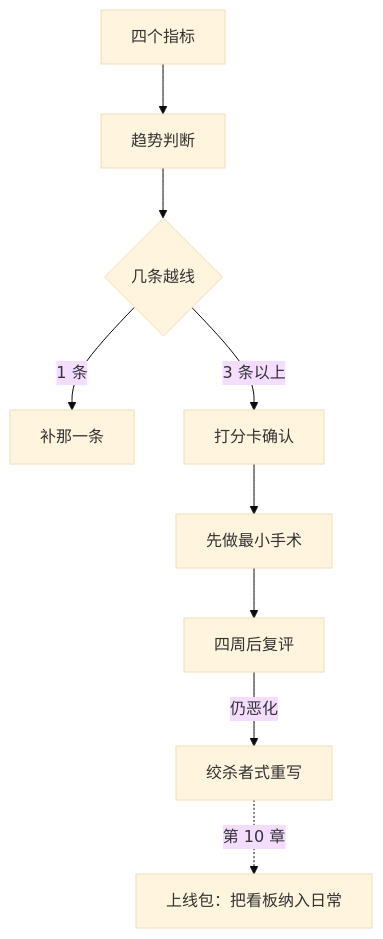
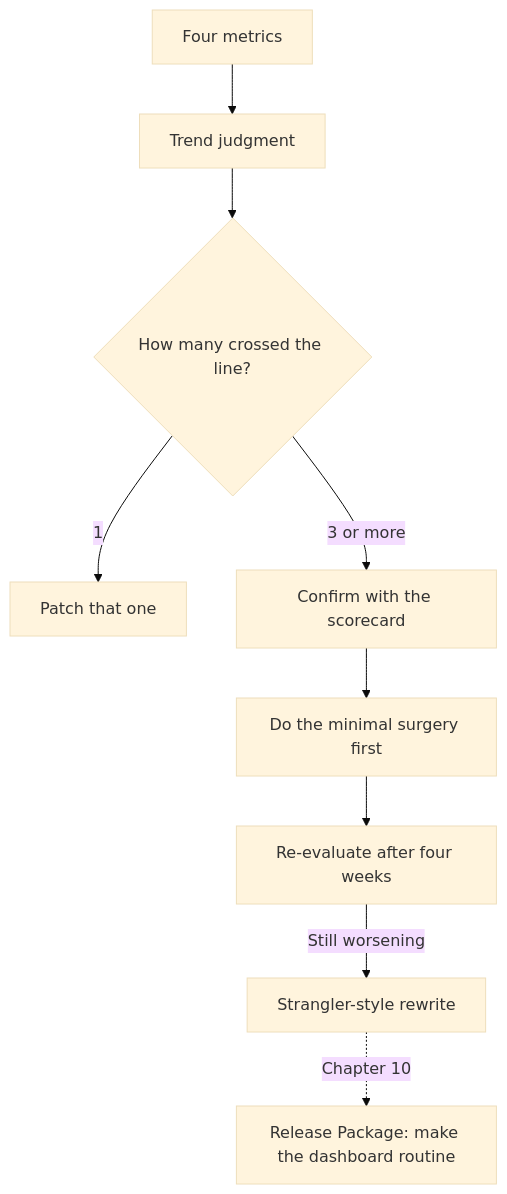
One commit to xzlxiao/vibe-coding-textbook changed the second of 2 diagrams in phase5/chapters/ch09-debt-rewrite.md. Above: the diagram before and after it, drawn with Mermaid (base theme). The commit also changed other lines of this file and 10 other files, not shown here.

````diff
--- a/phase5/chapters/ch09-debt-rewrite.md
+++ b/phase5/chapters/ch09-debt-rewrite.md
@@ -207,11 +207,11 @@
 ```mermaid
 flowchart TD
-    A["四个指标"] --> B["趋势判断"]
-    B --> C{"几条越线"}
-    C -->|"1 条"| D["补那一条"]
-    C -->|"3 条以上"| E["打分卡确认"]
-    E --> F["先做最小手术"]
-    F --> G["四周后复评"]
-    G -->|"仍恶化"| H["绞杀者式重写"]
-    H -.->|"第 10 章"| I["上线包：把看板纳入日常"]
+    A["Four metrics"] --> B["Trend judgment"]
+    B --> C{"How many crossed the line?"}
+    C -->|"1"| D["Patch that one"]
+    C -->|"3 or more"| E["Confirm with the scorecard"]
+    E --> F["Do the minimal surgery first"]
+    F --> G["Re-evaluate after four weeks"]
+    G -->|"Still worsening"| H["Strangler-style rewrite"]
+    H -.->|"Chapter 10"| I["Release Package: make the dashboard routine"]
 ```
````
